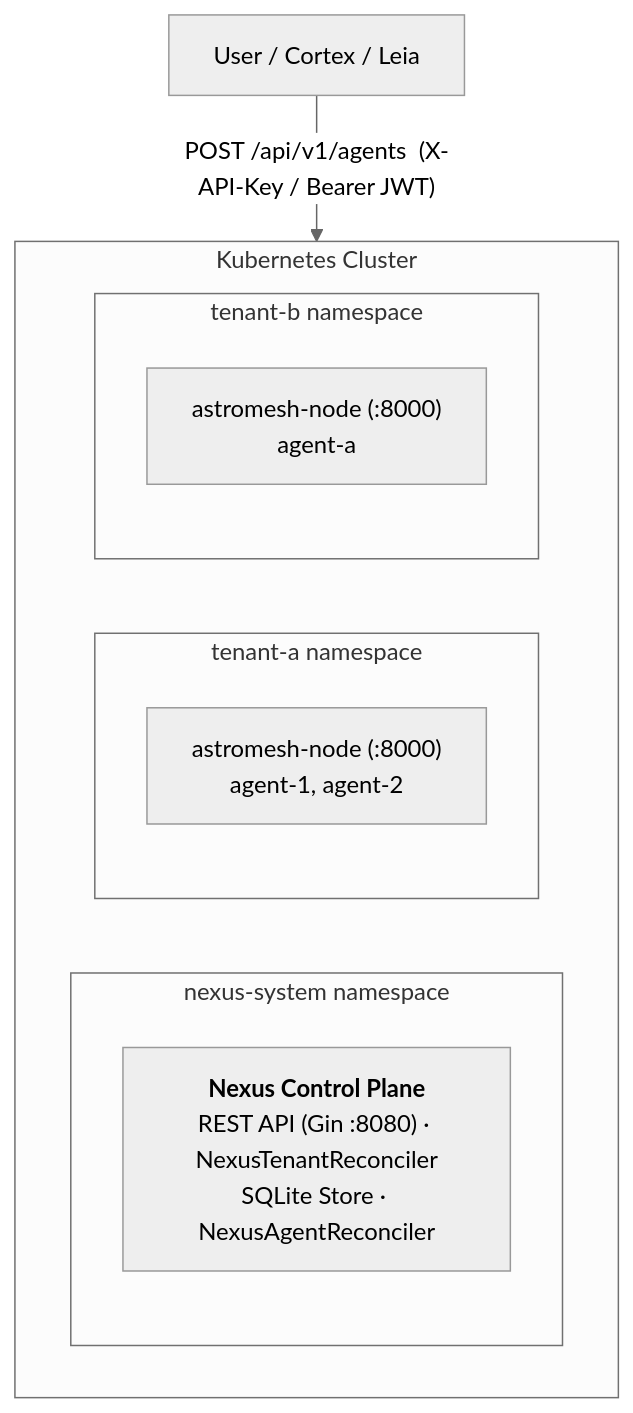
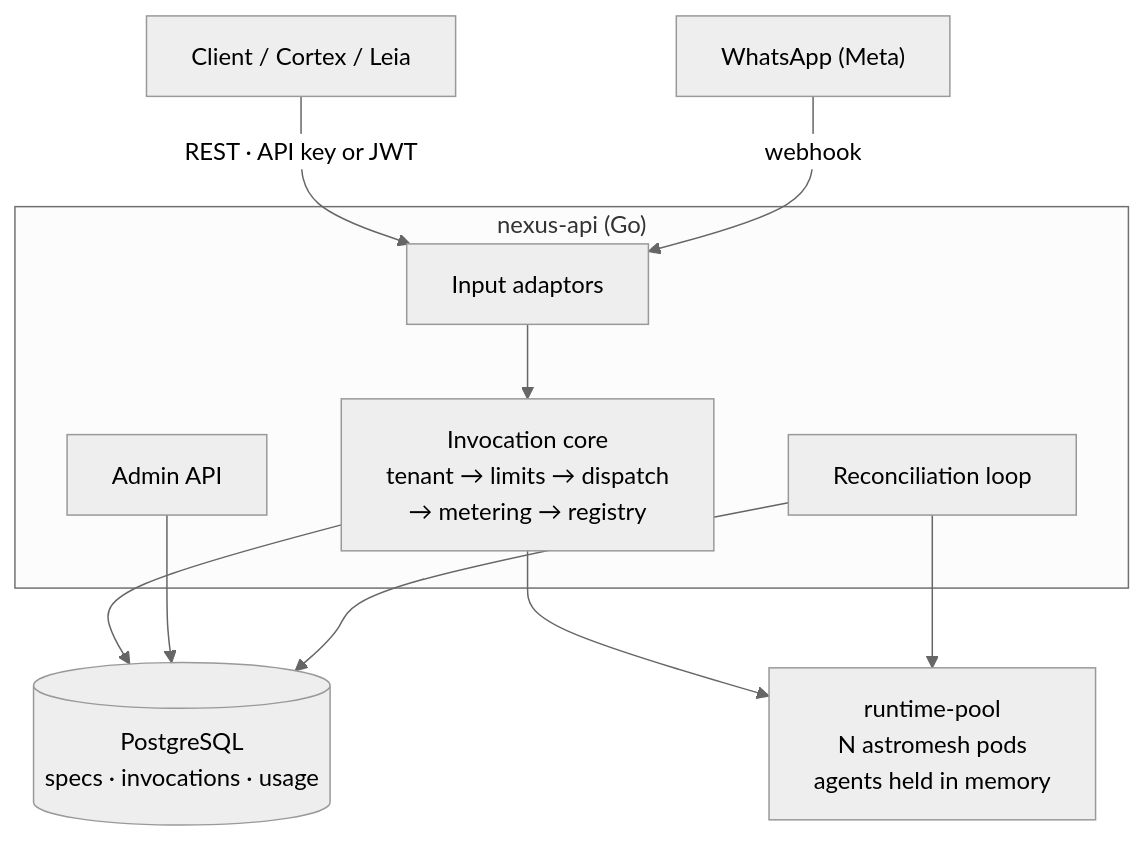
One commit to monaccode/astromesh changed the diagram in docs-site/src/content/docs/nexus/introduction.mdx. Above: the diagram before and after it, drawn with Mermaid (neutral theme). The commit also changed other lines of this file and 13 other files, not shown here.

````diff
--- a/docs-site/src/content/docs/nexus/introduction.mdx
+++ b/docs-site/src/content/docs/nexus/introduction.mdx
@@ -34,20 +32,27 @@
 ```mermaid
 flowchart TB
-    user["User / Cortex / Leia"]
-    subgraph cluster["Kubernetes Cluster"]
-        subgraph nexussys["nexus-system namespace"]
-            cp["`**Nexus Control Plane**
-            REST API (Gin :8080) · NexusTenantReconciler
-            SQLite Store · NexusAgentReconciler`"]
-        end
-        subgraph tenanta["tenant-a namespace"]
-            nodea["`astromesh-node (:8000)
-            agent-1, agent-2`"]
-        end
-        subgraph tenantb["tenant-b namespace"]
-            nodeb["`astromesh-node (:8000)
-            agent-a`"]
-        end
+    User["Client / Cortex / Leia"] -->|"REST · API key or JWT"| API
+    WA["WhatsApp (Meta)"] -->|webhook| API
+
+    subgraph nexus["nexus-api (Go)"]
+        API["Input adaptors"]
+        CORE["Invocation core
+        tenant → limits → dispatch
+        → metering → registry"]
+        ADMIN["Admin API"]
+        LOOP["Reconciliation loop"]
+        API --> CORE
     end
-    user -->|"POST /api/v1/agents  (X-API-Key / Bearer JWT)"| cluster
+
+    DB[("PostgreSQL
+    specs · invocations · usage")]
+    POOL["runtime-pool
+    N astromesh pods
+    agents held in memory"]
+
+    CORE --> DB
+    CORE --> POOL
+    ADMIN --> DB
+    LOOP --> DB
+    LOOP --> POOL
 ```
````
